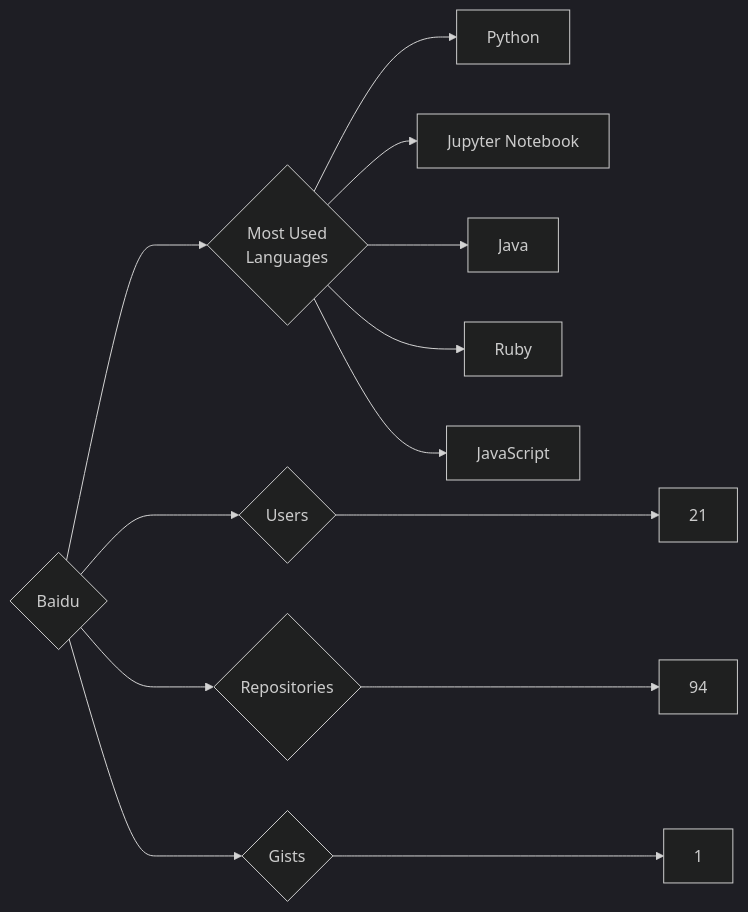
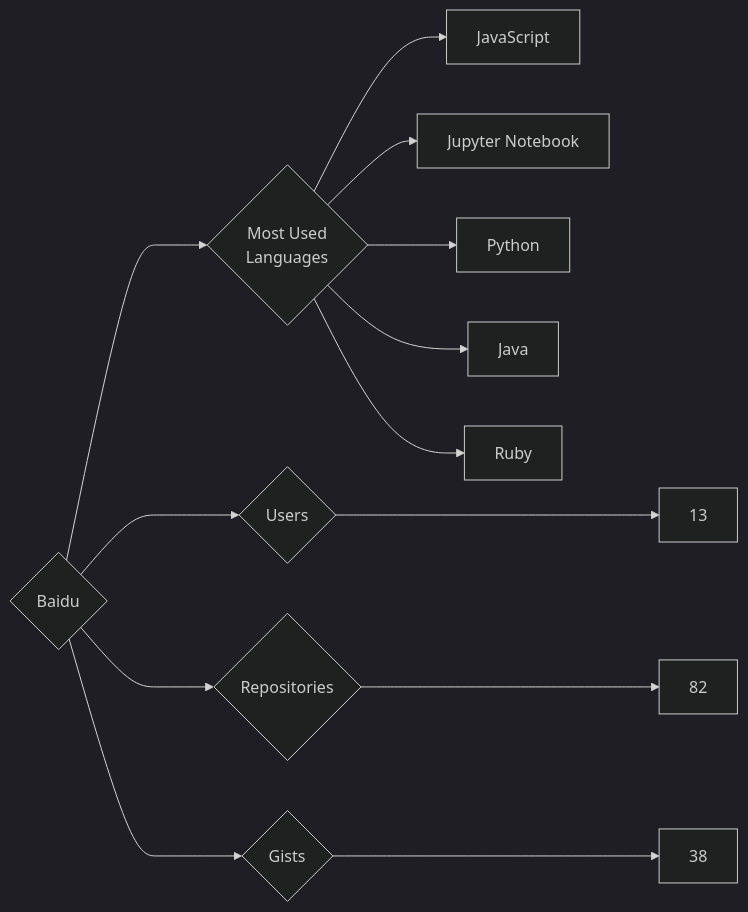
One commit to trickest/insiders changed the diagram in targets/Baidu/README.md. Above: the diagram before and after it, drawn with Mermaid (dark theme). The commit also changed 1148 other files, not shown here.

````diff
--- a/targets/Baidu/README.md
+++ b/targets/Baidu/README.md
@@ -3,13 +3,13 @@
 ```mermaid
 graph LR
 COMPANY_NAME{Baidu}
-COMPANY_NAME ---> U{Users} ---> UN[21]
-COMPANY_NAME ---> R{Repositories} ---> RN[94]
-COMPANY_NAME ---> G{Gists} ---> GN[1]
+COMPANY_NAME ---> U{Users} ---> UN[13]
+COMPANY_NAME ---> R{Repositories} ---> RN[82]
+COMPANY_NAME ---> G{Gists} ---> GN[38]
 COMPANY_NAME ---> ML{Most Used<br>Languages}
+ML --> JavaScript[JavaScript]
+ML --> Jupyter_Notebook[Jupyter Notebook]
 ML --> Python[Python]
-ML --> Jupyter_Notebook[Jupyter Notebook]
 ML --> Java[Java]
 ML --> Ruby[Ruby]
-ML --> JavaScript[JavaScript]
 ```
````
